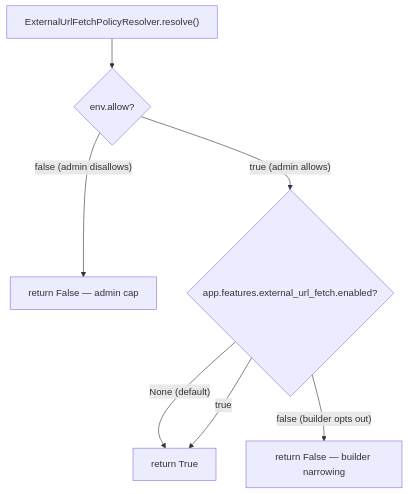
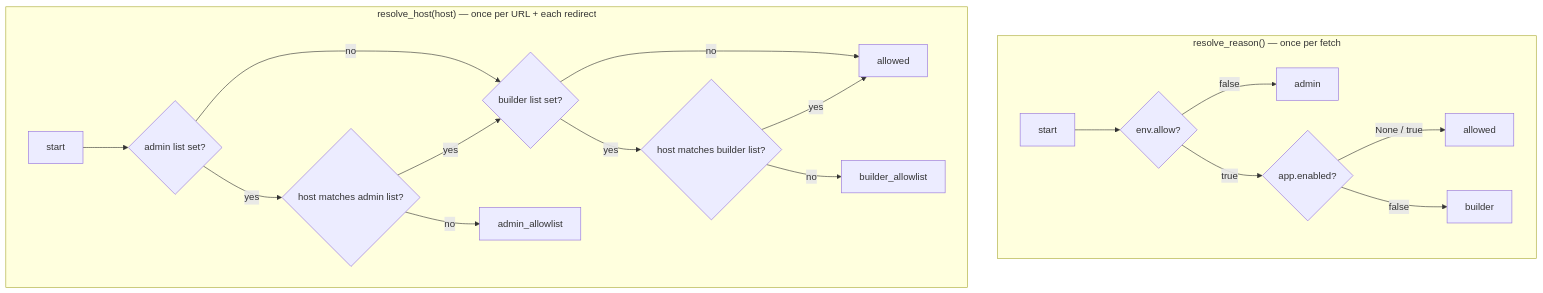
Before and after one commit to epam/ai-dial-quickapps-backend: the third of 3 diagrams in docs/designs/external_url_attachments.md, drawn with Mermaid. The commit also changed other lines of this file and 10 other files, not shown here.

First line of the commit message:
feat(file_transfer): host allowlist tier for external URL fetching #258

````diff
--- a/docs/designs/external_url_attachments.md
+++ b/docs/designs/external_url_attachments.md
@@ -360,9 +399,22 @@
 ```mermaid
 flowchart TD
-    A["ExternalUrlFetchPolicyResolver.resolve()"] --> B{"env.allow?"}
-    B -->|"false (admin disallows)"| F["return False — admin cap"]
-    B -->|"true (admin allows)"| C{"app.features.external_url_fetch.enabled?"}
-    C -->|"None (default)"| T["return True"]
-    C -->|"true"| T
-    C -->|"false (builder opts out)"| D["return False — builder narrowing"]
+    subgraph Gate["resolve_reason() — once per fetch"]
+        A["start"] --> B{"env.allow?"}
+        B -->|"false"| F["admin"]
+        B -->|"true"| C{"app.enabled?"}
+        C -->|"None / true"| TG["allowed"]
+        C -->|"false"| D["builder"]
+    end
+
+    subgraph Host["resolve_host(host) — once per URL + each redirect"]
+        H["start"] --> AA{"admin list set?"}
+        AA -->|"no"| BB{"builder list set?"}
+        AA -->|"yes"| AM{"host matches admin list?"}
+        AM -->|"no"| AR["admin_allowlist"]
+        AM -->|"yes"| BB
+        BB -->|"no"| TH["allowed"]
+        BB -->|"yes"| BM{"host matches builder list?"}
+        BM -->|"no"| BR["builder_allowlist"]
+        BM -->|"yes"| TH
+    end
 ```
````
